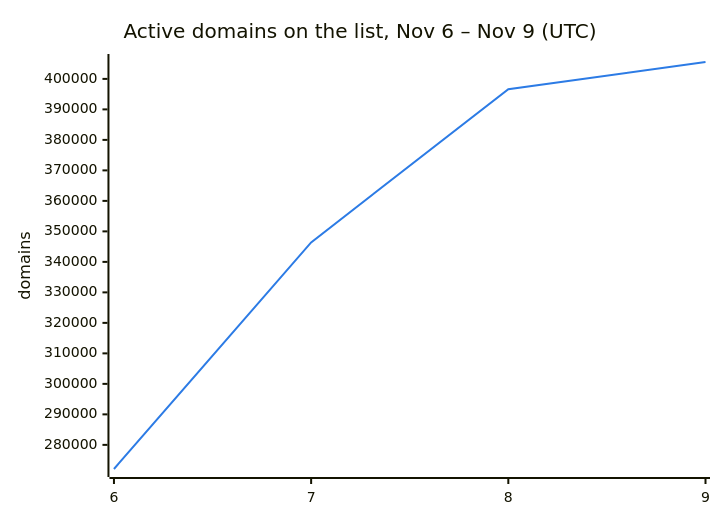
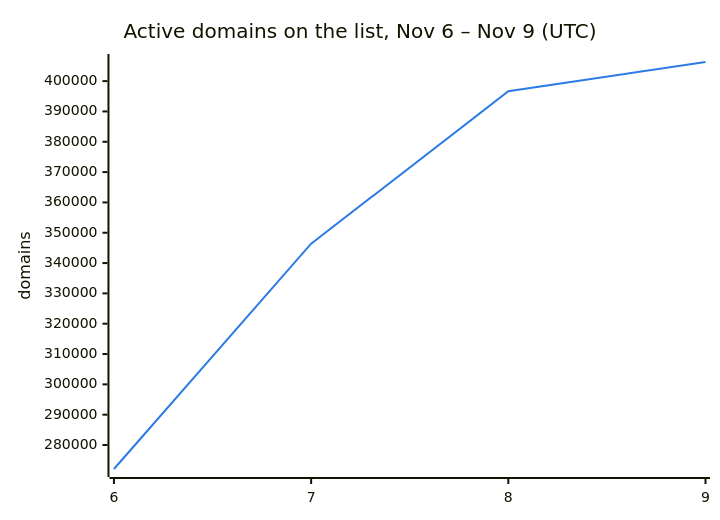
The second of 3 diagrams in README.md (DNSBunker/CTI), drawn with Mermaid before and after one commit. The commit also changed other lines of this file and 3 other files, not shown here.

````diff
--- a/README.md
+++ b/README.md
@@ -38,8 +38,8 @@
 ```mermaid
 %%{init: {"themeVariables": {"xyChart": {"plotColorPalette": "#2c7be5"}}}}%%
 xychart-beta
     title "Active domains on the list, Nov 6 – Nov 9 (UTC)"
     x-axis ["6", "7", "8", "9"]
     y-axis "domains"
-    line [272088, 346388, 396638, 405538]
+    line [272088, 346388, 396638, 406303]
 ```
````
